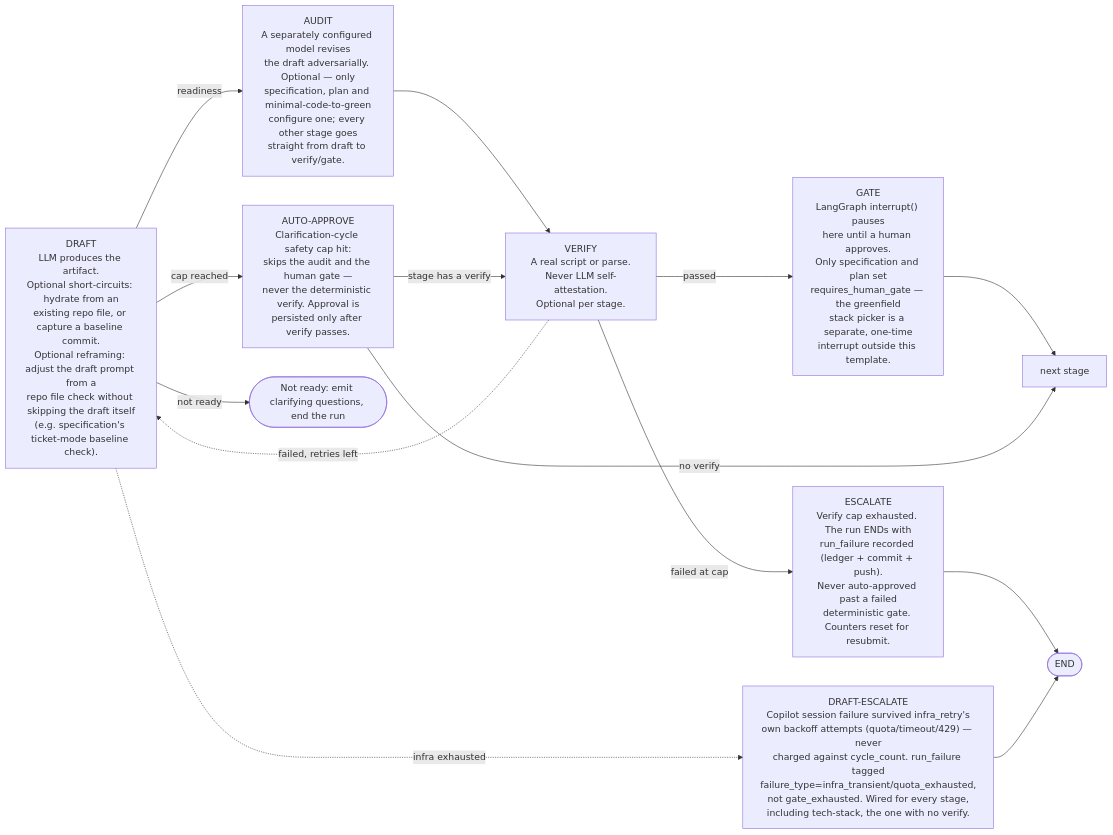
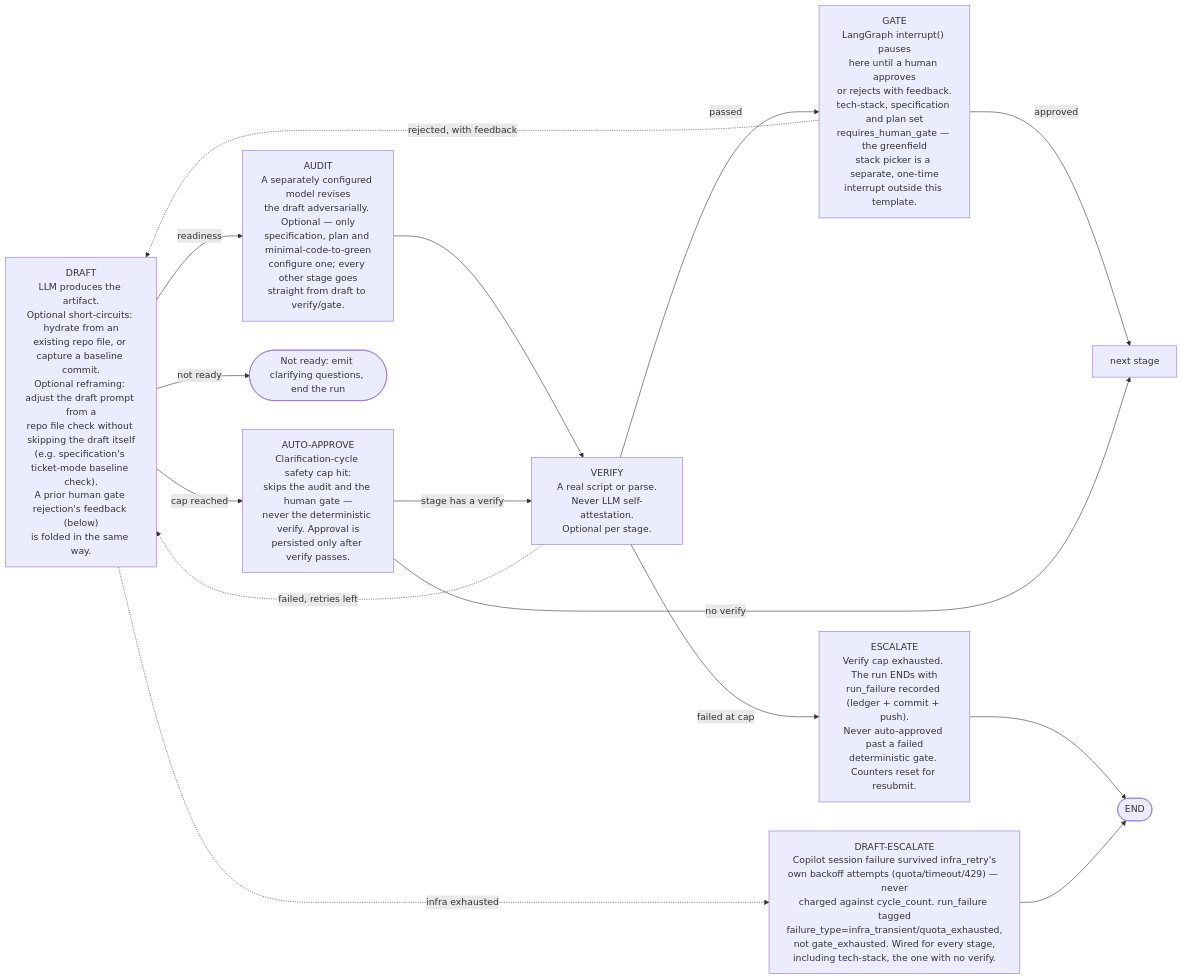
Before and after one commit to bancroftway/ai-dev-workflow: the second of 2 diagrams in README.md, drawn with Mermaid. The commit also changed other lines of this file and 3 other files, not shown here.

````diff
--- a/README.md
+++ b/README.md
@@ -120,25 +121,26 @@
 ```mermaid
 flowchart LR
-    d["DRAFT<br/>LLM produces the artifact.<br/>Optional short-circuits: hydrate from an<br/>existing repo file, or capture a baseline commit.<br/>Optional reframing: adjust the draft prompt from a<br/>repo file check without skipping the draft itself<br/>(e.g. specification's ticket-mode baseline check)."]
+    d["DRAFT<br/>LLM produces the artifact.<br/>Optional short-circuits: hydrate from an<br/>existing repo file, or capture a baseline commit.<br/>Optional reframing: adjust the draft prompt from a<br/>repo file check without skipping the draft itself<br/>(e.g. specification's ticket-mode baseline check).<br/>A prior human gate rejection's feedback (below)<br/>is folded in the same way."]
     a["AUDIT<br/>A separately configured model revises<br/>the draft adversarially. Optional — only<br/>specification, plan and minimal-code-to-green<br/>configure one; every other stage goes<br/>straight from draft to verify/gate."]
     v["VERIFY<br/>A real script or parse.<br/>Never LLM self-attestation.<br/>Optional per stage."]
-    g["GATE<br/>LangGraph interrupt() pauses<br/>here until a human approves.<br/>Only specification and plan set<br/>requires_human_gate — the greenfield<br/>stack picker is a separate, one-time<br/>interrupt outside this template."]
+    g["GATE<br/>LangGraph interrupt() pauses<br/>here until a human approves<br/>or rejects with feedback.<br/>tech-stack, specification and plan set<br/>requires_human_gate — the greenfield<br/>stack picker is a separate, one-time<br/>interrupt outside this template."]
     aa["AUTO-APPROVE<br/>Clarification-cycle safety cap hit:<br/>skips the audit and the human gate —<br/>never the deterministic verify. Approval is<br/>persisted only after verify passes."]
     e["ESCALATE<br/>Verify cap exhausted. The run ENDs with<br/>run_failure recorded (ledger + commit + push).<br/>Never auto-approved past a failed<br/>deterministic gate. Counters reset for resubmit."]
     ie["DRAFT-ESCALATE<br/>Copilot session failure survived infra_retry's<br/>own backoff attempts (quota/timeout/429) — never<br/>charged against cycle_count. run_failure tagged<br/>failure_type=infra_transient/quota_exhausted,<br/>not gate_exhausted. Wired for every stage,<br/>including tech-stack, the one with no verify."]
     q(["Not ready: emit clarifying questions, end the run"])
 
     d -->|readiness| a
     d -->|cap reached| aa
     d -->|not ready| q
     d -.->|infra exhausted| ie
     a --> v
     v -->|passed| g
     v -.->|failed, retries left| d
     v -->|failed at cap| e
     e --> theend(["END"])
     ie --> theend
-    g --> next["next stage"]
+    g -->|approved| next["next stage"]
+    g -.->|rejected, with feedback| d
     aa -->|stage has a verify| v
     aa -->|no verify| next
 ```
````
